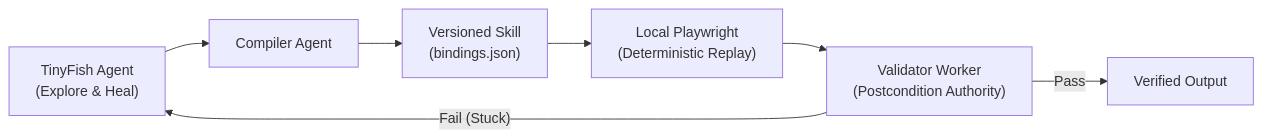
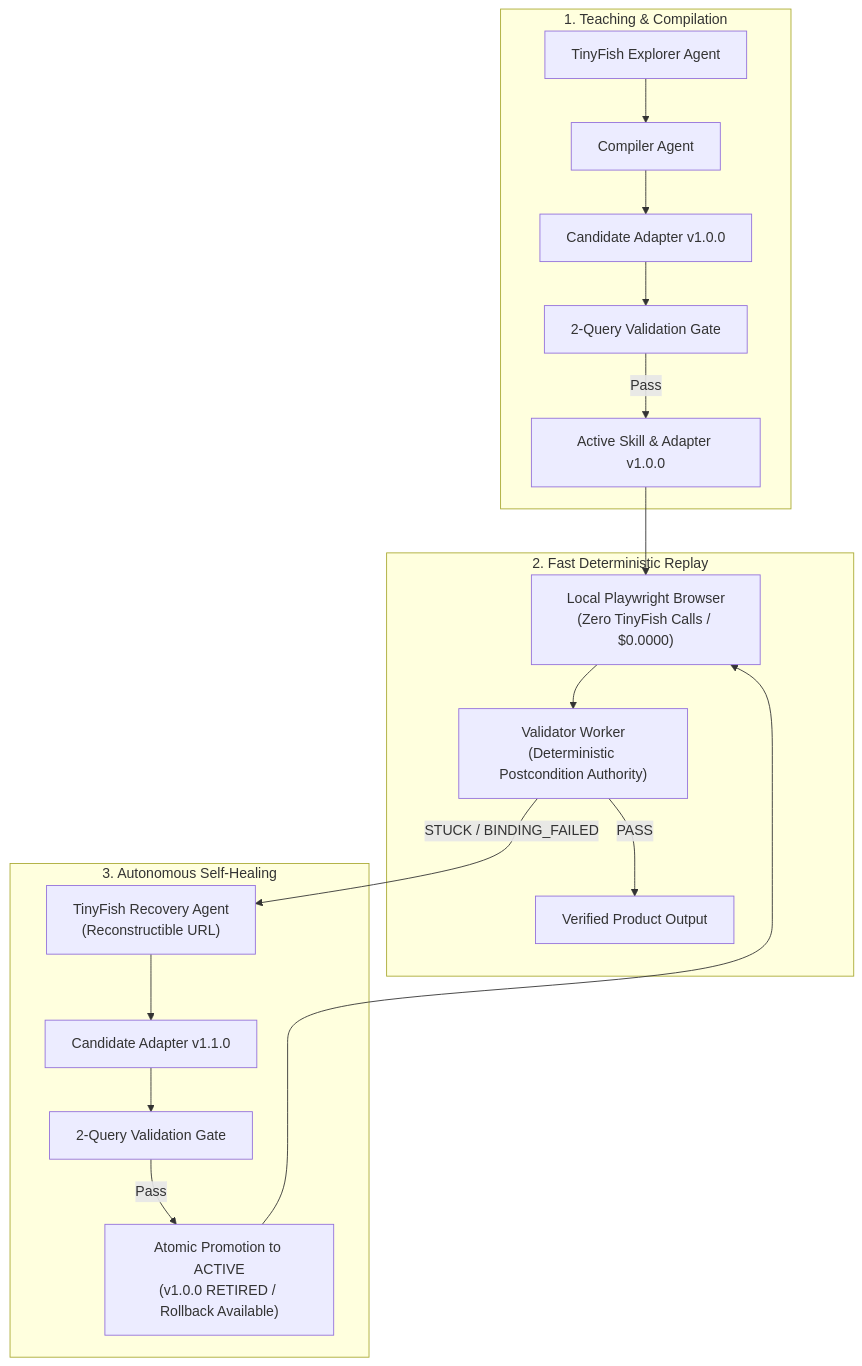
The diagram in README.md (sagarrathi16/Tinyfish_Hackathon), drawn with Mermaid before and after one commit. The commit also changed other lines of this file and 12 other files, not shown here.

````diff
--- a/README.md
+++ b/README.md
@@ -21,9 +31,23 @@
 ```mermaid
-flowchart LR
-    TF["TinyFish Agent<br/>(Explore & Heal)"] --> COMP["Compiler Agent"]
-    COMP --> SKILL["Versioned Skill<br/>(bindings.json)"]
-    SKILL --> PW["Local Playwright<br/>(Deterministic Replay)"]
-    PW --> VAL["Validator Worker<br/>(Postcondition Authority)"]
-    VAL -- "Pass" --> SUCCESS["Verified Output"]
-    VAL -- "Fail (Stuck)" --> TF
+flowchart TD
+    subgraph TEACH["1. Teaching & Compilation"]
+        TF["TinyFish Explorer Agent"] --> COMP["Compiler Agent"]
+        COMP --> CAND["Candidate Adapter v1.0.0"]
+        CAND --> GATE1["2-Query Validation Gate"]
+        GATE1 -- "Pass" --> ACT["Active Skill & Adapter v1.0.0"]
+    end
+
+    subgraph REPLAY["2. Fast Deterministic Replay"]
+        ACT --> PW["Local Playwright Browser<br/>(Zero TinyFish Calls / $0.0000)"]
+        PW --> VAL["Validator Worker<br/>(Deterministic Postcondition Authority)"]
+        VAL -- "PASS" --> OUT["Verified Product Output"]
+    end
+
+    subgraph HEAL["3. Autonomous Self-Healing"]
+        VAL -- "STUCK / BINDING_FAILED" --> REC["TinyFish Recovery Agent<br/>(Reconstructible URL)"]
+        REC --> CAND2["Candidate Adapter v1.1.0"]
+        CAND2 --> GATE2["2-Query Validation Gate"]
+        GATE2 -- "Pass" --> PROM["Atomic Promotion to ACTIVE<br/>(v1.0.0 RETIRED / Rollback Available)"]
+        PROM --> PW
+    end
 ```
````
